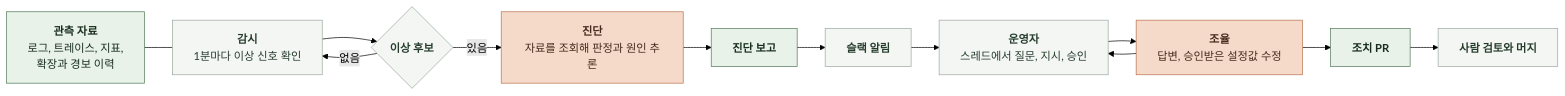
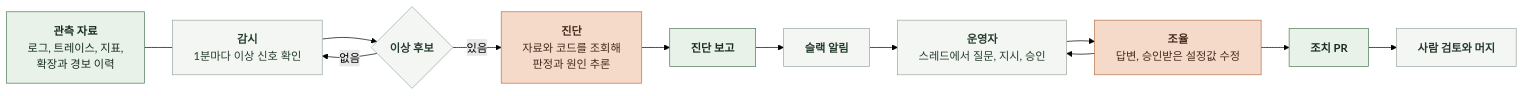
One commit to KIM-N-KANG/knk-harness changed the diagram in docs/domain/OBSERVABILITY/AI/1-BACKGROUND.md. Above: the diagram before and after it, drawn with Mermaid (forest theme). The commit also changed other lines of this file and 18 other files, not shown here.

````diff
--- a/docs/domain/OBSERVABILITY/AI/1-BACKGROUND.md
+++ b/docs/domain/OBSERVABILITY/AI/1-BACKGROUND.md
@@ -55,27 +56,28 @@
 ```mermaid
 %%{init: {"flowchart": {"curve": "basis", "nodeSpacing": 24, "rankSpacing": 40}}}%%
 flowchart LR
     D["`**관측 자료**
 로그, 트레이스, 지표,
 확장과 경보 이력`"] --- W["`**감시**
 1분마다 이상 신호 확인`"]
     W --> C{"`**이상 후보**`"}
     C -->|없음| W
     C -->|있음| A["`**진단**
-자료를 조회해 판정과 원인 추론`"]
+자료와 코드를 조회해
+판정과 원인 추론`"]
     A --> R["`**진단 보고**`"]
     R --> N["`**슬랙 알림**`"]
     N --> O["`**운영자**
 스레드에서 질문, 지시, 승인`"]
     O --> T["`**조율**
 답변, 승인받은 설정값 수정`"]
     T --> O
     T --> P["`**조치 PR**`"]
     P --> M["`**사람 검토와 머지**`"]
     classDef data fill:#E8F2E8,stroke:#527A59,color:#182D1D
     classDef model fill:#F5D9C9,stroke:#B97450,color:#452B1D
     classDef code fill:#F4F6F4,stroke:#9BA99E,color:#253C2C
     class D,R,P data
     class A,T model
     class W,C,N,O,M code
 ```
````
